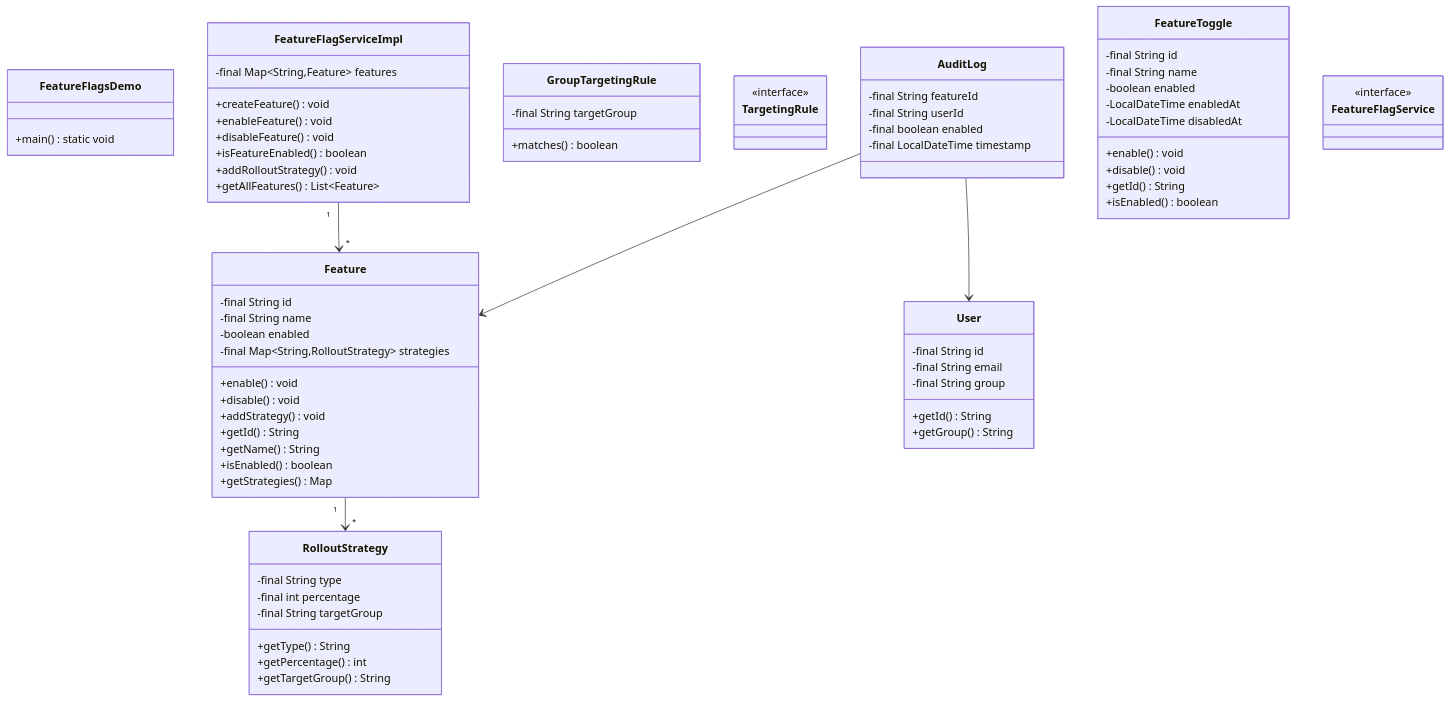
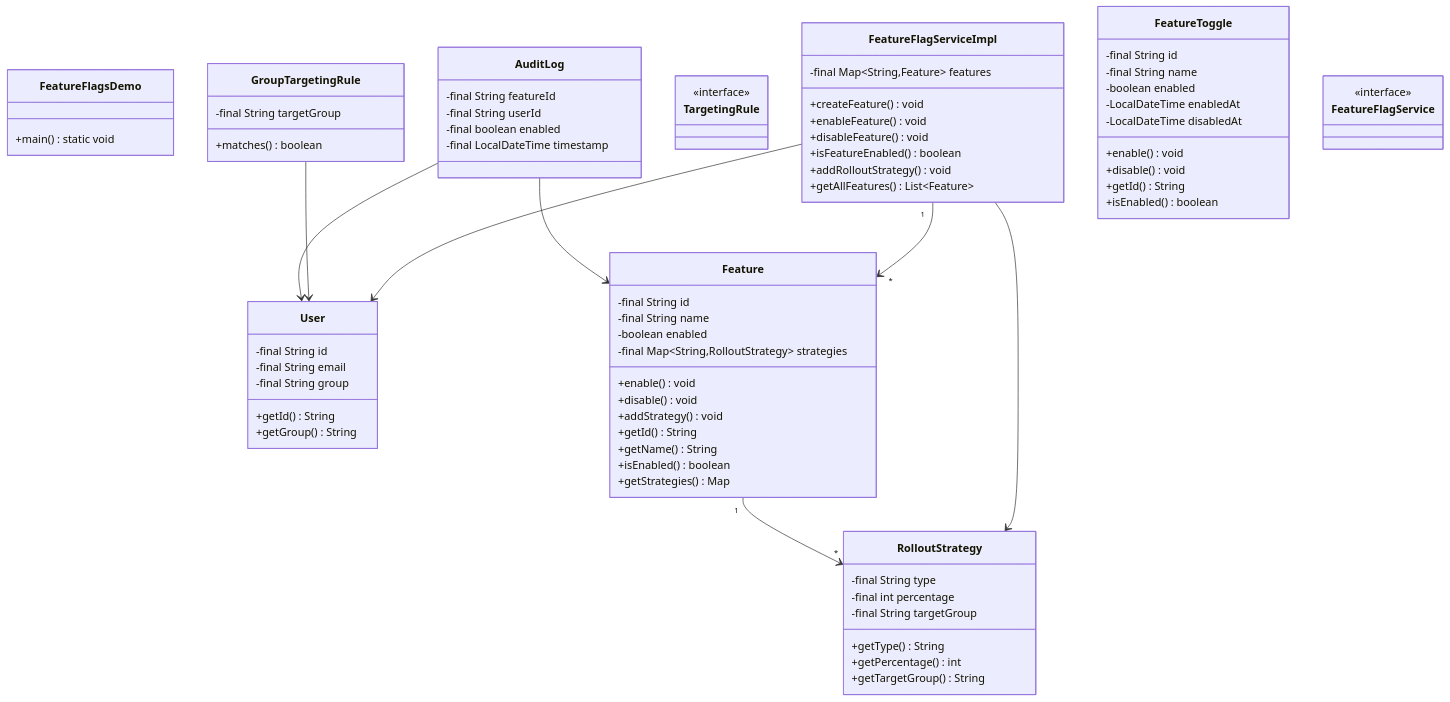
Before and after one commit to dlkr18/lld-playbook: the diagram in docs/problems/featureflags/README.md, drawn with Mermaid. The commit also changed 113 other files, not shown here.

````diff
--- a/docs/problems/featureflags/README.md
+++ b/docs/problems/featureflags/README.md
@@ -154,8 +154,11 @@
     class FeatureFlagService
     <<interface>> FeatureFlagService
 
-    FeatureFlagServiceImpl "1" --> "*" Feature
     AuditLog --> Feature
     AuditLog --> User
     Feature "1" --> "*" RolloutStrategy
+    GroupTargetingRule --> User
+    FeatureFlagServiceImpl "1" --> "*" Feature
+    FeatureFlagServiceImpl --> User
+    FeatureFlagServiceImpl --> RolloutStrategy
 ```
````
